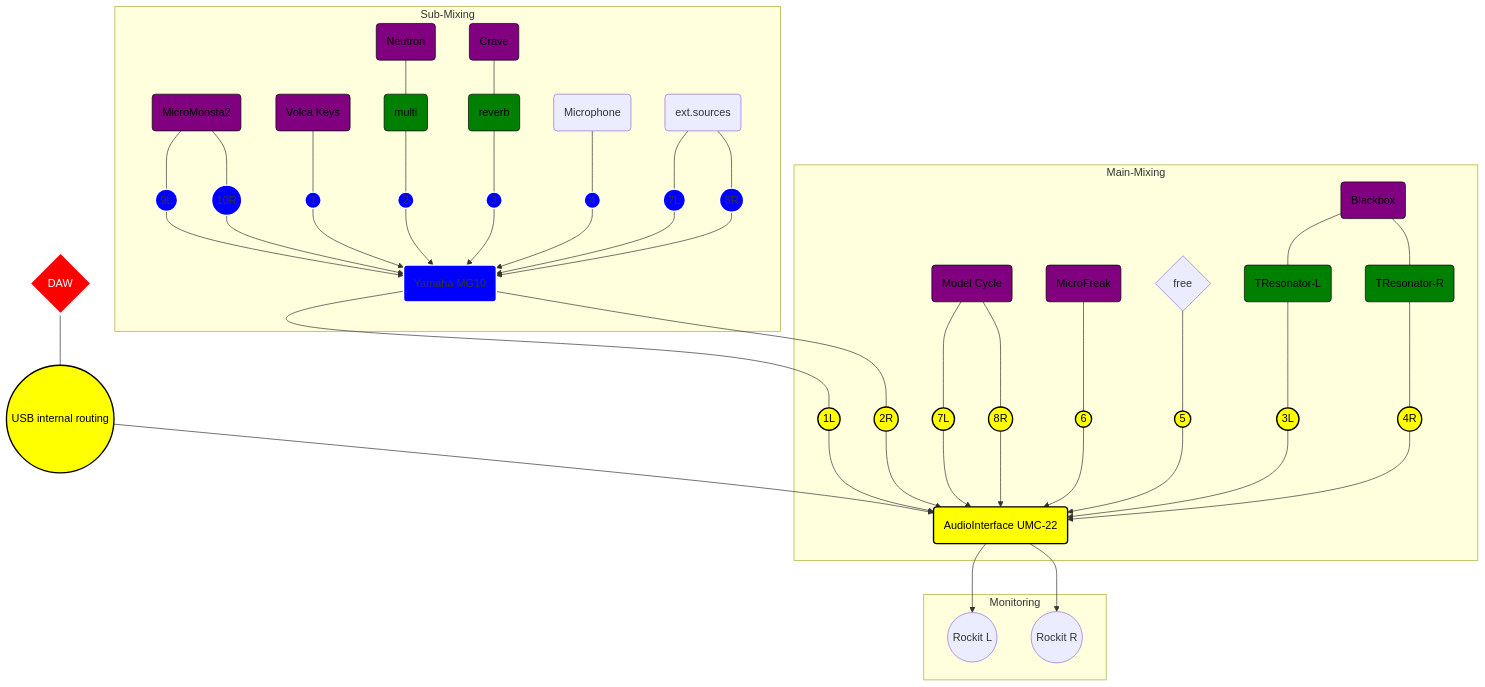
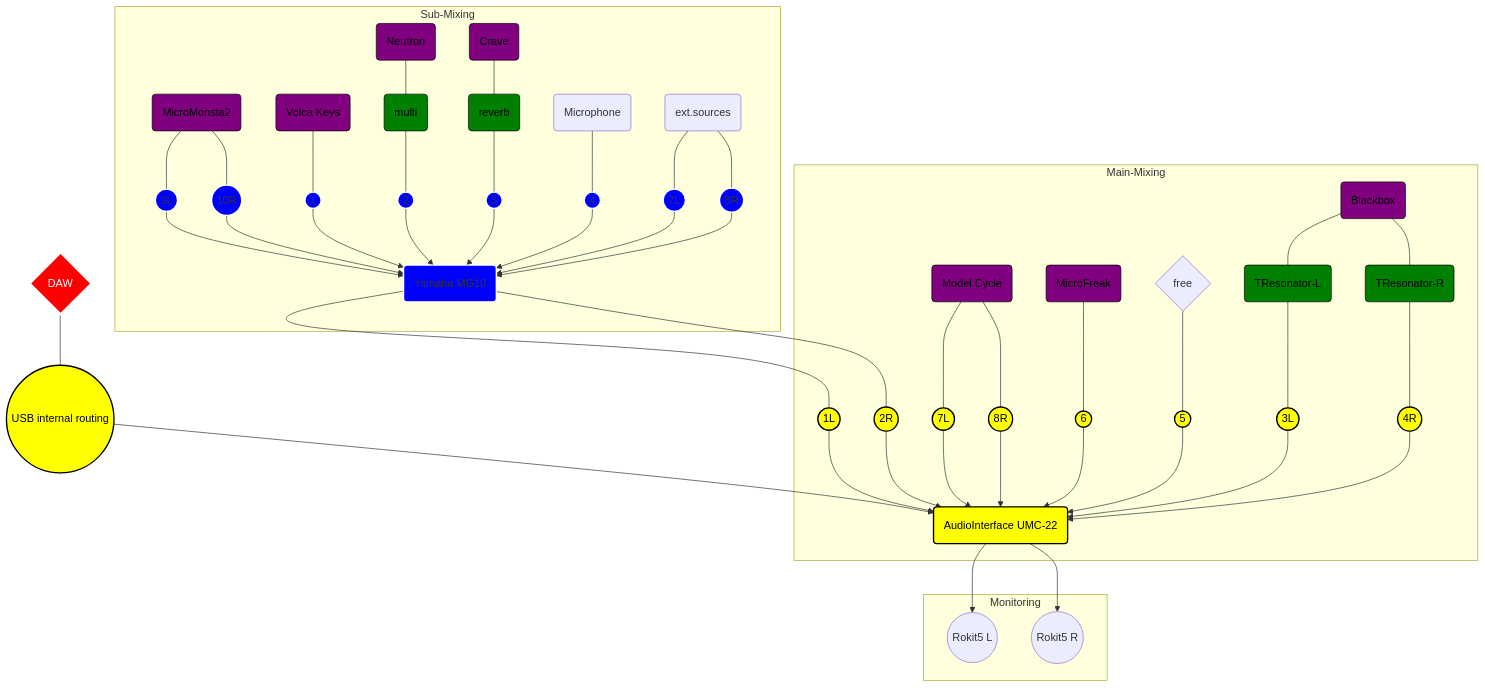
Before and after one commit to toraudio/studiosetup: the diagram in audio-routing.md, drawn with Mermaid.

````diff
--- a/audio-routing.md
+++ b/audio-routing.md
@@ -3,33 +3,33 @@
 ```mermaid
 graph TD;
 classDef mixerclass fill:blue,stroke:white,stroke-width:2px;
 classDef synthclass fill:purple,stroke:black,stroke-width:1px,color:black;
 classDef soundclass fill:yellow,stroke:black,stroke-width:2px,color:black;
 classDef fxclass fill:green,stroke:black,stroke-width:1px,color:black;
 classDef daw fill:red,stroke:white,stroke-width:3px,color:white;
 subgraph Sub-Mixing
 B(MicroMonsta2):::synthclass --- slotm9((9L)):::mixerclass --> A(Yamaha MG10):::mixerclass;
 B(MicroMonsta2) --- slotm10((10R)):::mixerclass --> A(Yamaha MG10);
 C(Volca Keys):::synthclass --- slotm1((1)):::mixerclass --> A(Yamaha MG10);
 D(Neutron):::synthclass --- fx2(multi):::fxclass --- slotm2((2)):::mixerclass --> A(Yamaha MG10);
 E(Crave):::synthclass --- fx1(reverb):::fxclass --- slotm3((3)):::mixerclass --> A(Yamaha MG10);
 F(Microphone) --- slotm4((4)):::mixerclass --> A(Yamaha MG10);
 G(ext.sources) --- slotm7((7L)):::mixerclass --> A(Yamaha MG10);
 G(ext.sources) --- slotm8((8R)):::mixerclass --> A(Yamaha MG10);
 end
 L{DAW}:::daw --- intern((USB internal routing)):::soundclass --> Z(AudioInterface UMC-22);
 subgraph Main-Mixing
 A(Yamaha MG10) --- slot1((1L)):::soundclass --> Z(AudioInterface UMC-22):::soundclass;
 A(Yamaha MG10) --- slot2((2R)):::soundclass --> Z(AudioInterface UMC-22);
 H(Model Cycle):::synthclass --- slot7((7L)):::soundclass --> Z(AudioInterface UMC-22);
 H(Model Cycle):::synthclass --- slot8((8R)):::soundclass --> Z(AudioInterface UMC-22);
 I(MicroFreak):::synthclass --- slot6((6)):::soundclass --> Z(AudioInterface UMC-22);
 J{free} --- slot5((5)):::soundclass --> Z(AudioInterface UMC-22);
 K(Blackbox):::synthclass --- fx3(TResonator-L):::fxclass --- slot3((3L)):::soundclass --> Z(AudioInterface UMC-22);
 K(Blackbox):::synthclass --- fx4(TResonator-R):::fxclass --- slot4((4R)):::soundclass --> Z(AudioInterface UMC-22);
 end
 subgraph Monitoring
-Z(AudioInterface UMC-22) --> mon1((Rockit L));
-Z(AudioInterface UMC-22) --> mon2((Rockit R));
+Z(AudioInterface UMC-22) --> mon1((Rokit5 L));
+Z(AudioInterface UMC-22) --> mon2((Rokit5 R));
 end
 ``` 
````
